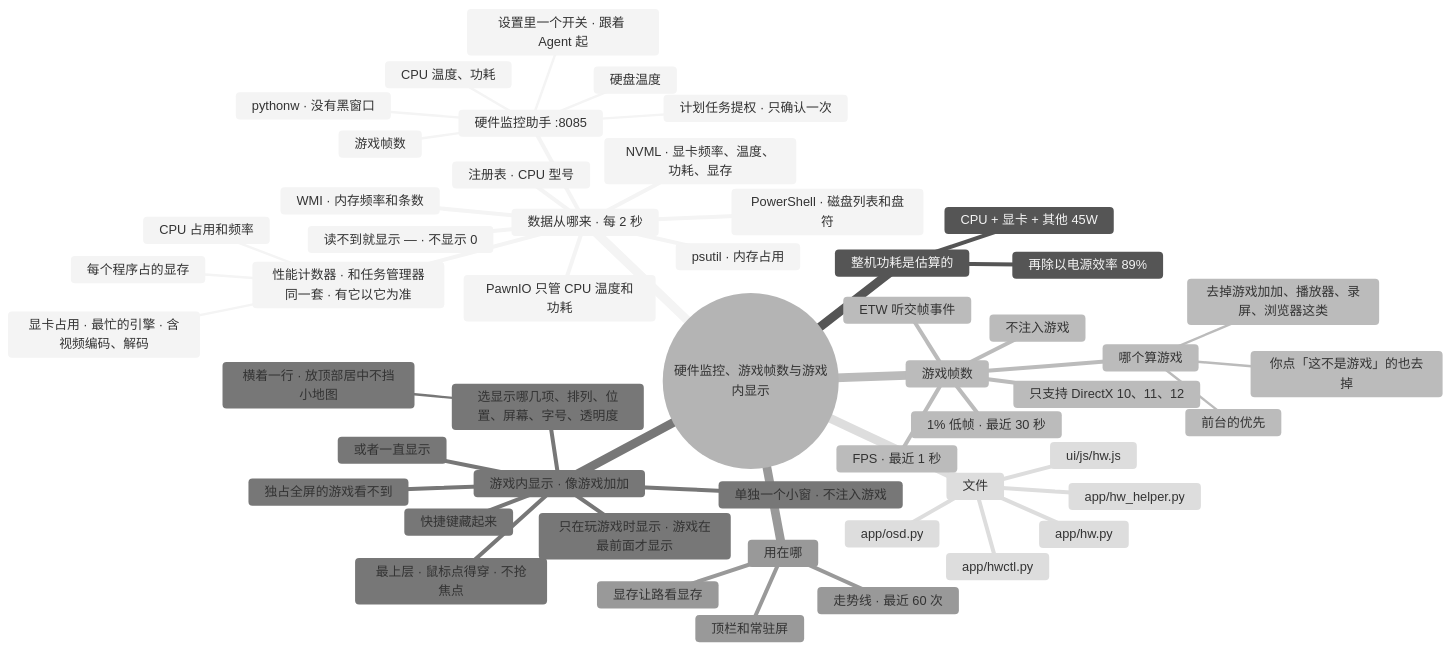
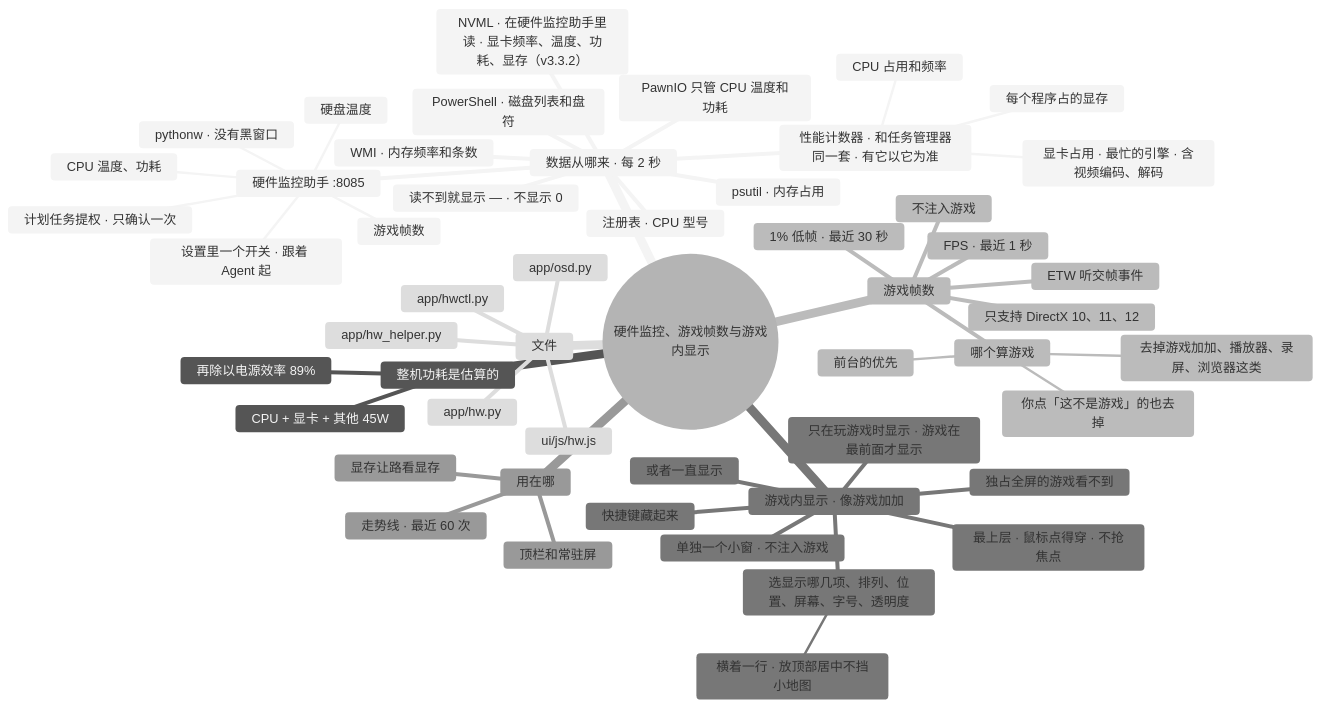
Before and after one commit to lql-076/Experiment-Agent-One: the diagram in docs/AI文档/架构/11-硬件监控与游戏帧数.md, drawn with Mermaid (neutral theme). The commit also changed other lines of this file and 72 other files, not shown here.

````diff
--- a/docs/AI文档/架构/11-硬件监控与游戏帧数.md
+++ b/docs/AI文档/架构/11-硬件监控与游戏帧数.md
@@ -9,56 +9,56 @@
 ```mermaid
 mindmap
   root((硬件监控、游戏帧数与游戏内显示))
     数据从哪来 · 每 2 秒
       硬件监控助手 :8085
       :::svc-hw
         CPU 温度、功耗
         硬盘温度
         游戏帧数
         设置里一个开关 · 跟着 Agent 起
         计划任务提权 · 只确认一次
         pythonw · 没有黑窗口
       性能计数器 · 和任务管理器同一套 · 有它以它为准
         CPU 占用和频率
         显卡占用 · 最忙的引擎 · 含视频编码、解码
         每个程序占的显存
       PawnIO 只管 CPU 温度和功耗
       读不到就显示 — · 不显示 0
-      NVML · 显卡频率、温度、功耗、显存
+      NVML · 在硬件监控助手里读 · 显卡频率、温度、功耗、显存（v3.3.2）
       psutil · 内存占用
       PowerShell · 磁盘列表和盘符
       注册表 · CPU 型号
       WMI · 内存频率和条数
     整机功耗是估算的
       CPU + 显卡 + 其他 45W
       再除以电源效率 89%
     游戏帧数
       ETW 听交帧事件
       不注入游戏
       FPS · 最近 1 秒
       1% 低帧 · 最近 30 秒
       只支持 DirectX 10、11、12
       哪个算游戏
         去掉游戏加加、播放器、录屏、浏览器这类
         你点「这不是游戏」的也去掉
         前台的优先
     游戏内显示 · 像游戏加加
       单独一个小窗 · 不注入游戏
       最上层 · 鼠标点得穿 · 不抢焦点
       选显示哪几项、排列、位置、屏幕、字号、透明度
         横着一行 · 放顶部居中不挡小地图
       只在玩游戏时显示 · 游戏在最前面才显示
       或者一直显示
       快捷键藏起来
       独占全屏的游戏看不到
     用在哪
       顶栏和常驻屏
       走势线 · 最近 60 次
       显存让路看显存
     文件
       app/hw.py
       app/osd.py
       app/hw_helper.py
       app/hwctl.py
       ui/js/hw.js
 ```
````
